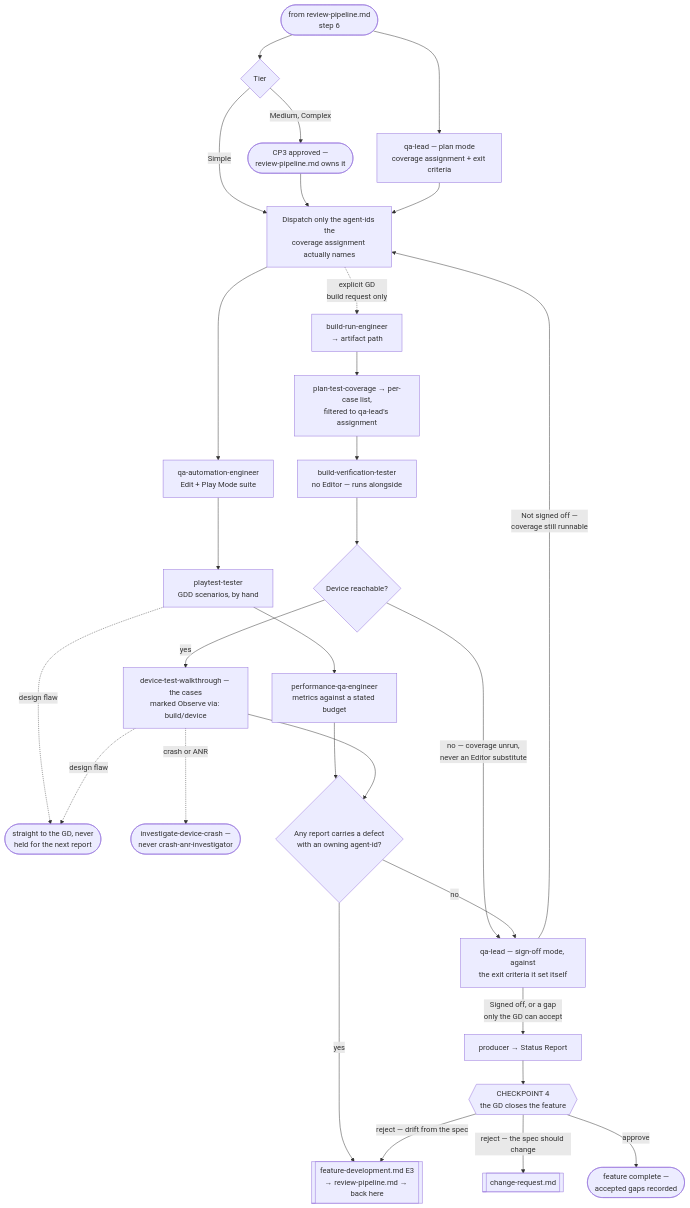
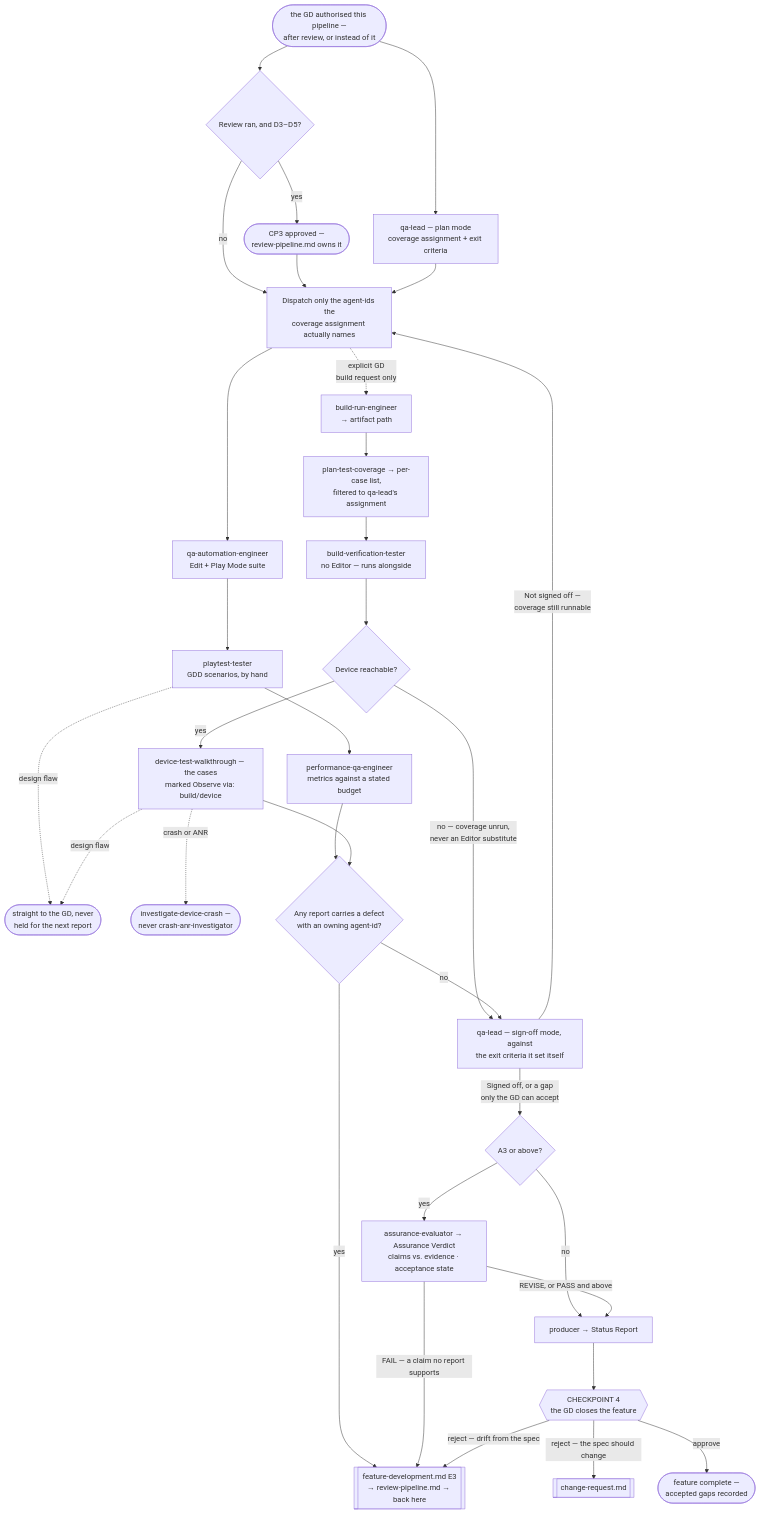
One commit to PhuNguyen182/AI-For-Game-Development changed the diagram in .claude/workflows/qa-pipeline.md. Above: the diagram before and after it, drawn with Mermaid. The commit also changed other lines of this file and 15 other files, not shown here.

````diff
--- a/.claude/workflows/qa-pipeline.md
+++ b/.claude/workflows/qa-pipeline.md
@@ -50,34 +50,38 @@
 ```mermaid
 flowchart TD
-    In([from review-pipeline.md<br/>step 6]) --> Plan[qa-lead — plan mode<br/>coverage assignment + exit criteria]
-    In --> Unlock{Tier}
-    Unlock -->|Simple| Exec
-    Unlock -->|"Medium, Complex"| CP3([CP3 approved —<br/>review-pipeline.md owns it])
+    In([the GD authorised this pipeline —<br/>after review, or instead of it]) --> Plan[qa-lead — plan mode<br/>coverage assignment + exit criteria]
+    In --> Unlock{Review ran, and D3–D5?}
+    Unlock -->|no| Exec
+    Unlock -->|yes| CP3([CP3 approved —<br/>review-pipeline.md owns it])
     CP3 --> Exec
     Plan --> Exec[Dispatch only the agent-ids the<br/>coverage assignment actually names]
 
     Exec --> Auto[qa-automation-engineer<br/>Edit + Play Mode suite]
     Auto --> Play[playtest-tester<br/>GDD scenarios, by hand]
     Play --> Perf[performance-qa-engineer<br/>metrics against a stated budget]
     Play -.->|design flaw| GDNow([straight to the GD, never<br/>held for the next report])
 
     Exec -.->|explicit GD<br/>build request only| Bld[build-run-engineer<br/>→ artifact path]
     Bld --> Cases[plan-test-coverage → per-case list,<br/>filtered to qa-lead's assignment]
     Cases --> Ver[build-verification-tester<br/>no Editor — runs alongside]
     Ver --> Dev{Device reachable?}
     Dev -->|yes| Walk[device-test-walkthrough — the cases<br/>marked Observe via: build/device]
     Dev -->|"no — coverage unrun,<br/>never an Editor substitute"| Sign
     Walk -.->|crash or ANR| Crash([investigate-device-crash —<br/>never crash-anr-investigator])
     Walk -.->|design flaw| GDNow
 
     Perf --> Coll{Any report carries a defect<br/>with an owning agent-id?}
     Walk --> Coll
     Coll -->|yes| Back[[feature-development.md E3<br/>→ review-pipeline.md → back here]]
     Coll -->|no| Sign[qa-lead — sign-off mode, against<br/>the exit criteria it set itself]
     Sign -->|"Not signed off —<br/>coverage still runnable"| Exec
-    Sign -->|"Signed off, or a gap<br/>only the GD can accept"| Rep[producer → Status Report]
+    Sign -->|"Signed off, or a gap<br/>only the GD can accept"| Score{A3 or above?}
+    Score -->|no| Rep[producer → Status Report]
+    Score -->|yes| AE[assurance-evaluator → Assurance Verdict<br/>claims vs. evidence · acceptance state]
+    AE -->|"FAIL — a claim no report supports"| Back
+    AE -->|"REVISE, or PASS and above"| Rep
     Rep --> CP4{{CHECKPOINT 4<br/>the GD closes the feature}}
     CP4 -->|"reject — drift from the spec"| Back
     CP4 -->|"reject — the spec should change"| CR[[change-request.md]]
     CP4 -->|approve| Done([feature complete —<br/>accepted gaps recorded])
 ```
````
